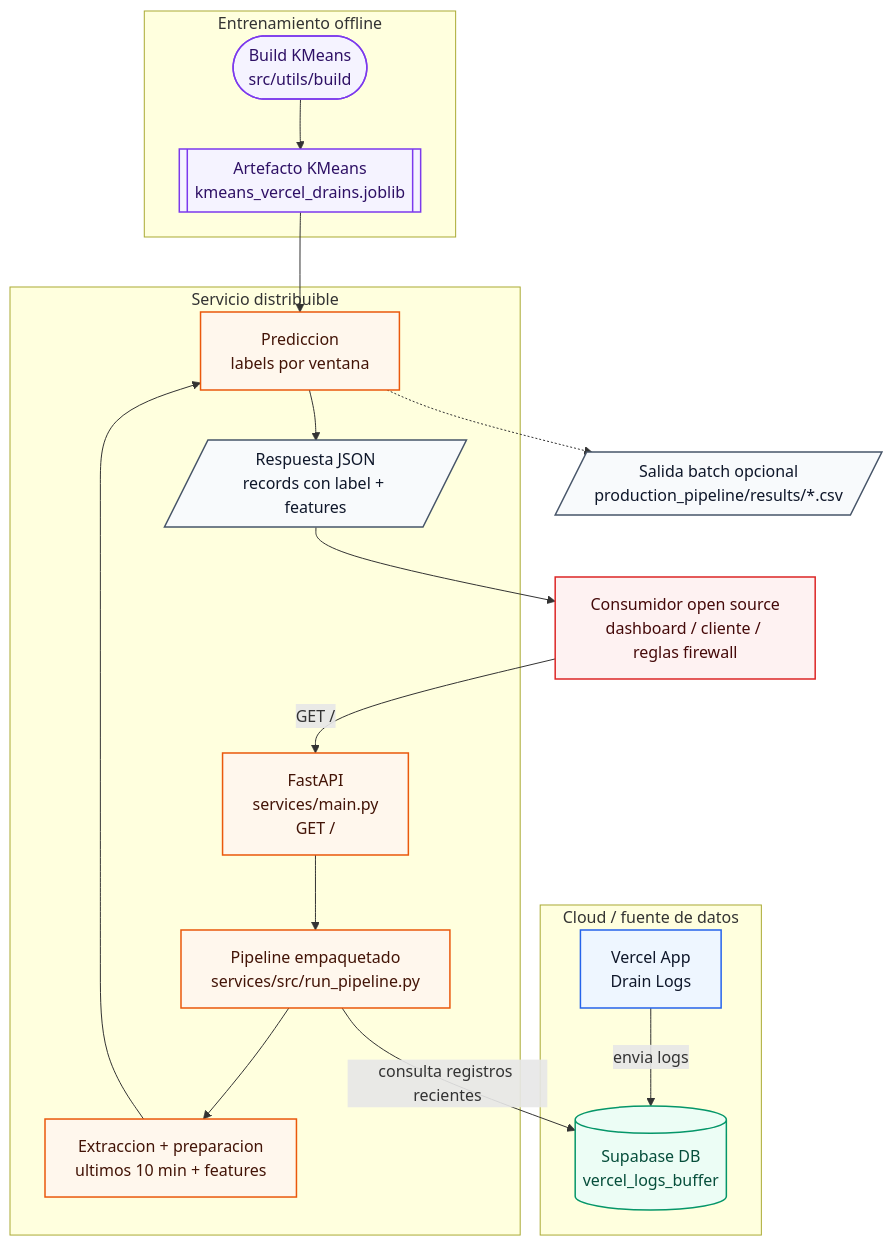
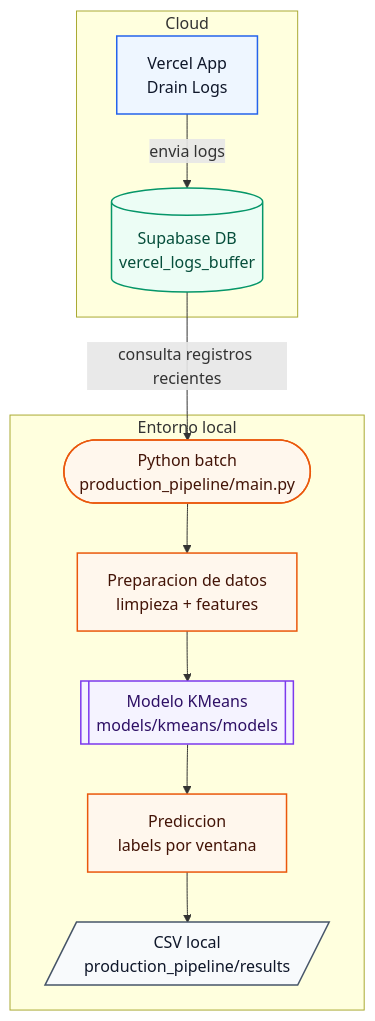
The diagram in README.MD (Groltjor/LogHound), drawn with Mermaid before and after one commit. The commit also changed other lines of this file, not shown here.

Commit message:
Update de README, eventualmente REDO

````diff
--- a/README.MD
+++ b/README.MD
@@ -11,49 +11,34 @@
 ```mermaid
 flowchart TB
-    subgraph cloud["Cloud / fuente de datos"]
+    subgraph cloud["Cloud"]
         vercel["Vercel App<br/>Drain Logs"]
         supabase[("Supabase DB<br/>vercel_logs_buffer")]
     end
 
-    subgraph training["Entrenamiento offline"]
-        train(["Build KMeans<br/>src/utils/build"])
-        artifact[["Artefacto KMeans<br/>kmeans_vercel_drains.joblib"]]
+    subgraph local["Entorno local"]
+        batch(["Python batch<br/>production_pipeline/main.py"])
+        etl["Preparacion de datos<br/>limpieza + features"]
+        kmeans[["Modelo KMeans<br/>models/kmeans/models"]]
+        predict["Prediccion<br/>labels por ventana"]
+        results[/"CSV local<br/>production_pipeline/results"/]
     end
 
-    subgraph service["Servicio distribuible"]
-        fastapi["FastAPI<br/>services/main.py<br/>GET /"]
-        pipeline["Pipeline empaquetado<br/>services/src/run_pipeline.py"]
-        etl["Extraccion + preparacion<br/>ultimos 10 min + features"]
-        predict["Prediccion<br/>labels por ventana"]
-        response[/"Respuesta JSON<br/>records con label + features"/]
-    end
-
-    consumer["Consumidor open source<br/>dashboard / cliente / reglas firewall"]
-    csv[/"Salida batch opcional<br/>production_pipeline/results/*.csv"/]
-
     vercel -->|"envia logs"| supabase
-    train --> artifact
-    consumer -->|"GET /"| fastapi
-    fastapi --> pipeline
-    pipeline -->|"consulta registros recientes"| supabase
-    pipeline --> etl
-    etl --> predict
-    artifact --> predict
-    predict --> response
-    response --> consumer
-    predict -.-> csv
+    supabase -->|"consulta registros recientes"| batch
+    batch --> etl
+    etl --> kmeans
+    kmeans --> predict
+    predict --> results
 
     classDef source fill:#eef6ff,stroke:#2563eb,stroke-width:1.5px,color:#0f172a;
     classDef database fill:#ecfdf5,stroke:#059669,stroke-width:1.5px,color:#064e3b;
-    classDef serviceStep fill:#fff7ed,stroke:#ea580c,stroke-width:1.5px,color:#431407;
+    classDef localStep fill:#fff7ed,stroke:#ea580c,stroke-width:1.5px,color:#431407;
     classDef ml fill:#f5f3ff,stroke:#7c3aed,stroke-width:1.5px,color:#2e1065;
     classDef output fill:#f8fafc,stroke:#475569,stroke-width:1.5px,color:#0f172a;
-    classDef consumerNode fill:#fef2f2,stroke:#dc2626,stroke-width:1.5px,color:#450a0a;
 
     class vercel source;
     class supabase database;
-    class fastapi,pipeline,etl,predict serviceStep;
-    class train,artifact ml;
-    class response,csv output;
-    class consumer consumerNode;
+    class batch,etl,predict localStep;
+    class kmeans ml;
+    class results output;
 ```
````
